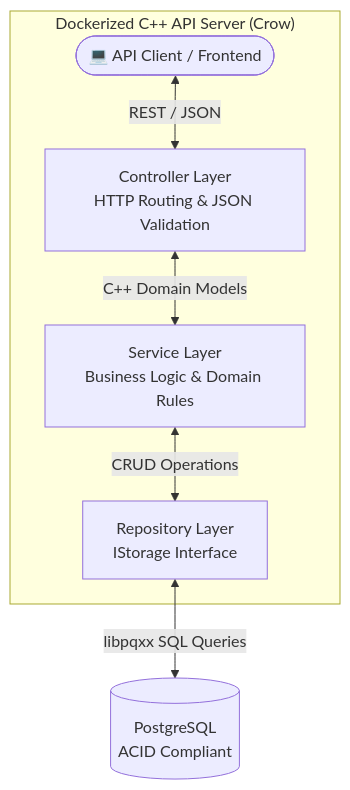
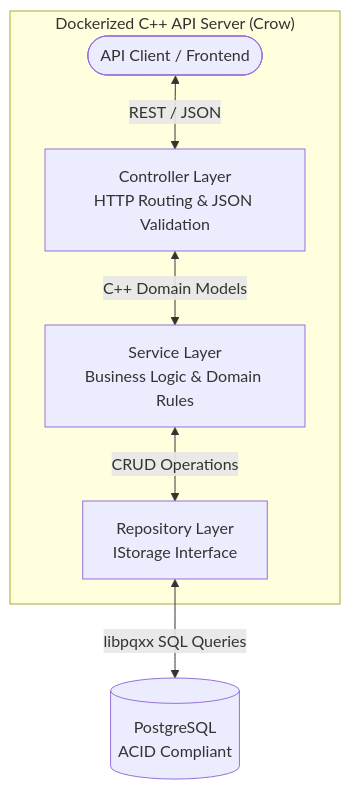
One commit to CODER-7777/Netflix_Inventory_API changed the first of 2 diagrams in README.md. Above: the diagram before and after it, drawn with Mermaid. The commit also changed other lines of this file and 7 other files, not shown here.

````diff
--- a/README.md
+++ b/README.md
@@ -16,17 +16,17 @@
 ```mermaid
 graph TD
-    Client([💻 API Client / Frontend])
+    Client([API Client / Frontend])
     
     subgraph "Dockerized C++ API Server (Crow)"
         Controller[Controller Layer\nHTTP Routing & JSON Validation]
         Service[Service Layer\nBusiness Logic & Domain Rules]
         Repo[Repository Layer\nIStorage Interface]
         
         Client <-->|REST / JSON| Controller
         Controller <-->|C++ Domain Models| Service
         Service <-->|CRUD Operations| Repo
     end
     
-    DB[( PostgreSQL\nACID Compliant)]
+    DB[(PostgreSQL\nACID Compliant)]
     Repo <-->|libpqxx SQL Queries| DB
 ```
````
